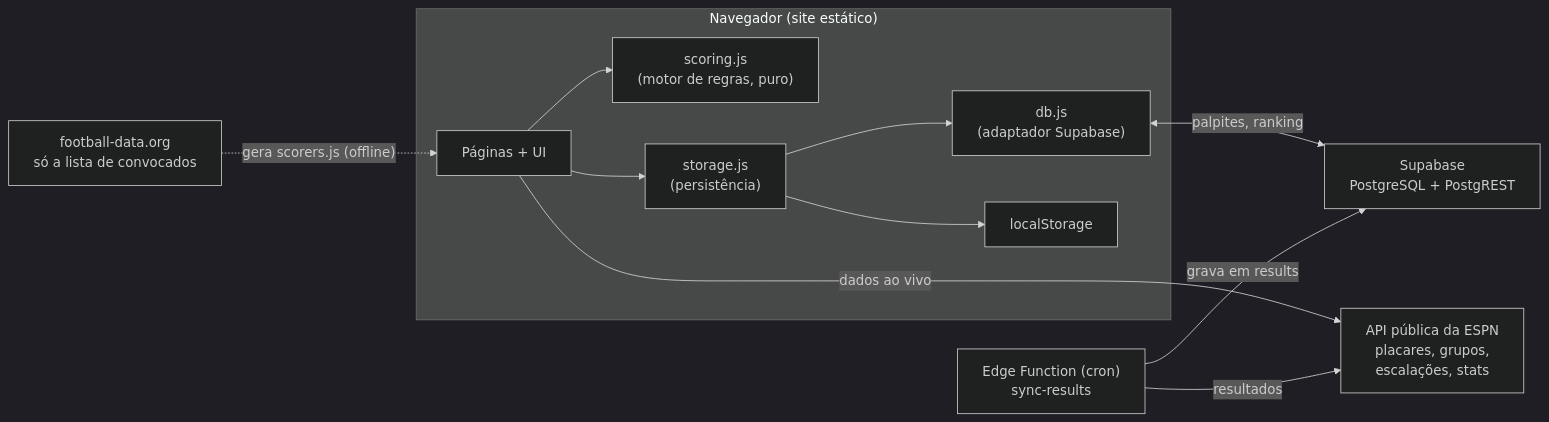
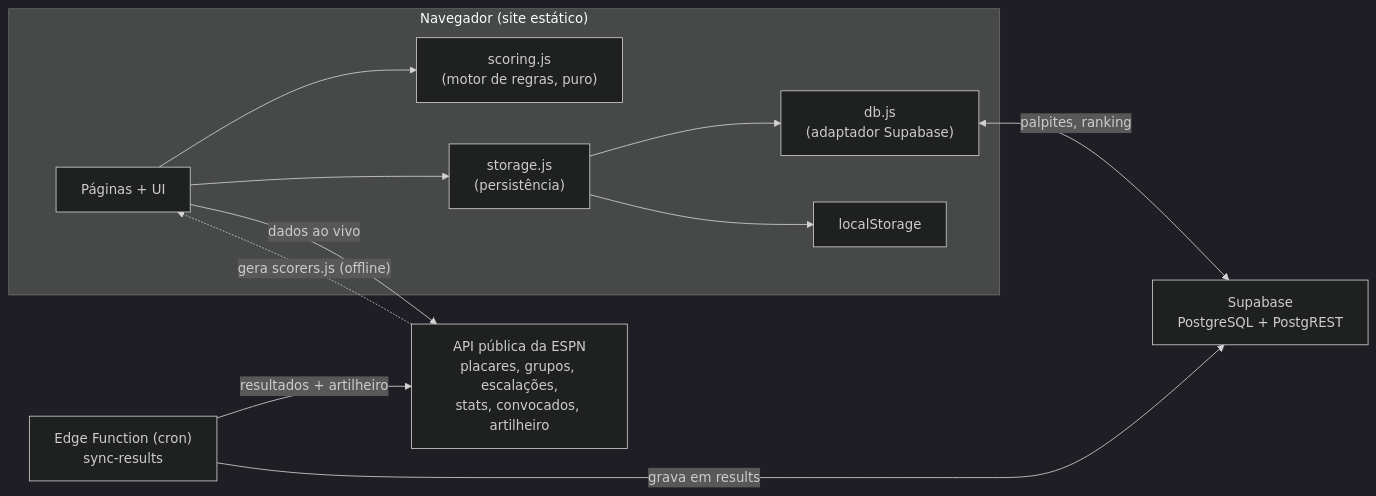
One commit to BsKrieger/bolao-cdm changed the first of 3 diagrams in ARQUITETURA.md. Above: the diagram before and after it, drawn with Mermaid (dark theme). The commit also changed other lines of this file and 11 other files, not shown here.

Commit message:
feat: migra convocados e artilheiro para a ESPN (aposenta football-data)

````diff
--- a/ARQUITETURA.md
+++ b/ARQUITETURA.md
@@ -15,25 +15,24 @@
 ```mermaid
 flowchart LR
     subgraph Browser["Navegador (site estático)"]
         UI["Páginas + UI"]
         SC["scoring.js<br/>(motor de regras, puro)"]
         ST["storage.js<br/>(persistência)"]
         DBA["db.js<br/>(adaptador Supabase)"]
         LS["localStorage"]
         UI --> SC
         UI --> ST
         ST --> LS
         ST --> DBA
     end
 
     SUPA["Supabase<br/>PostgreSQL + PostgREST"]
-    ESPN["API pública da ESPN<br/>placares, grupos,<br/>escalações, stats"]
+    ESPN["API pública da ESPN<br/>placares, grupos, escalações,<br/>stats, convocados, artilheiro"]
     EF["Edge Function (cron)<br/>sync-results"]
-    FD["football-data.org<br/>só a lista de convocados"]
 
     DBA <-->|"palpites, ranking"| SUPA
     UI -->|"dados ao vivo"| ESPN
-    EF -->|"resultados"| ESPN
+    EF -->|"resultados + artilheiro"| ESPN
     EF -->|"grava em results"| SUPA
-    FD -.->|"gera scorers.js (offline)"| UI
+    ESPN -.->|"gera scorers.js (offline)"| UI
 ```
````
